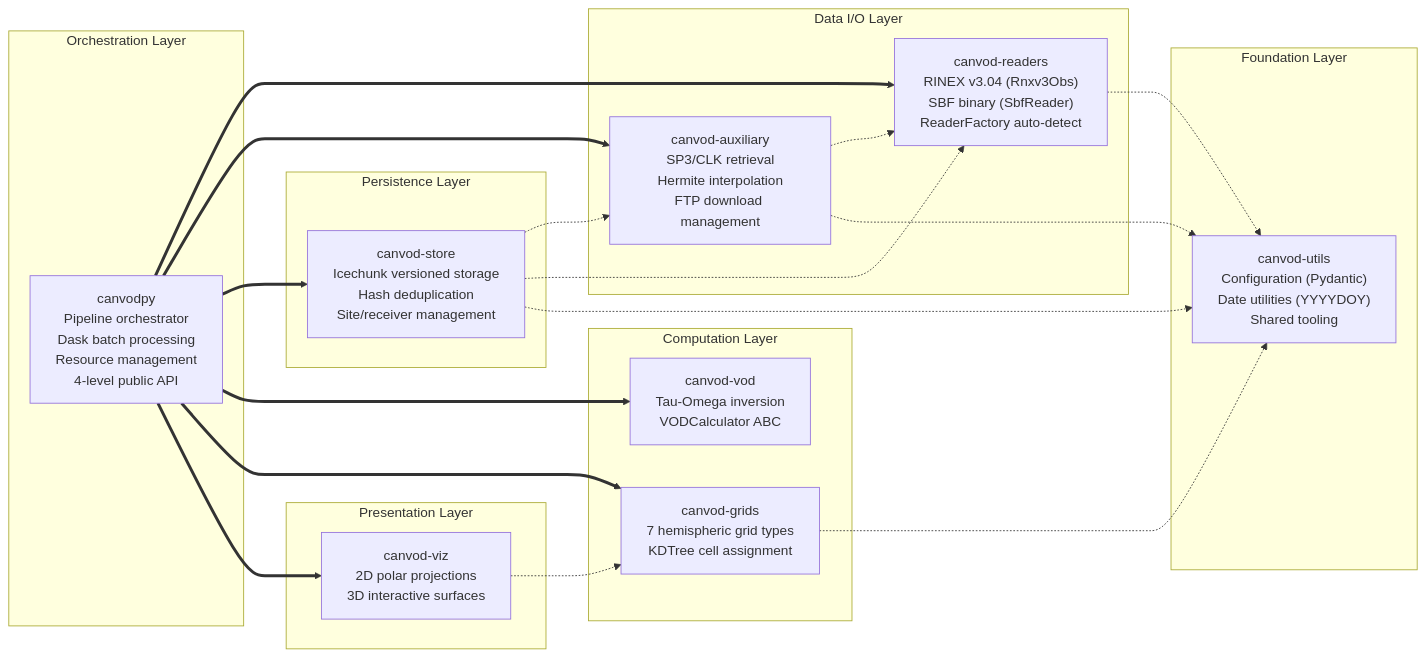
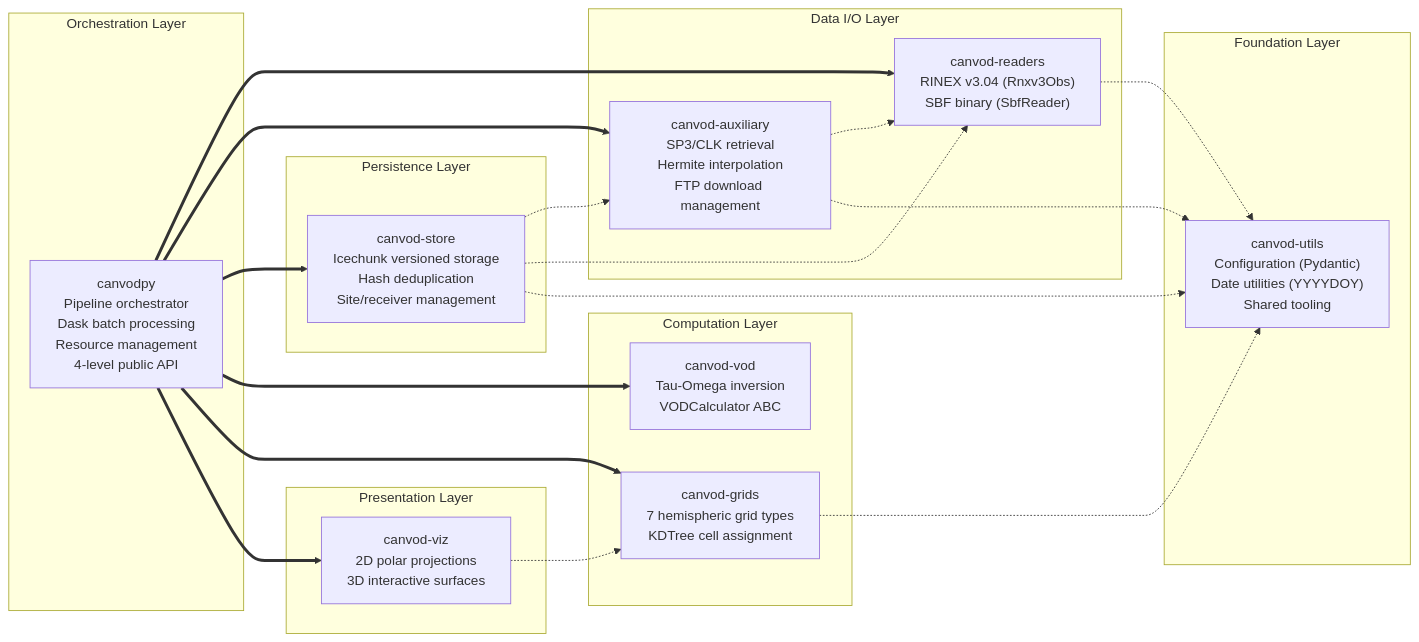
The first of 2 diagrams in docs/architecture.md (konstantinschellenberg/canvodpy), drawn with Mermaid before and after one commit. The commit also changed other lines of this file and 8 other files, not shown here.

````diff
--- a/docs/architecture.md
+++ b/docs/architecture.md
@@ -16,44 +16,44 @@
 ```mermaid
 graph LR
     subgraph FOUNDATION["Foundation Layer"]
         UTILS["canvod-utils\nConfiguration (Pydantic)\nDate utilities (YYYYDOY)\nShared tooling"]
     end
 
     subgraph DATAIO["Data I/O Layer"]
-        READERS["canvod-readers\nRINEX v3.04 (Rnxv3Obs)\nSBF binary (SbfReader)\nReaderFactory auto-detect"]
+        READERS["canvod-readers\nRINEX v3.04 (Rnxv3Obs)\nSBF binary (SbfReader)"]
         AUX["canvod-auxiliary\nSP3/CLK retrieval\nHermite interpolation\nFTP download management"]
     end
 
     subgraph STORE_LAYER["Persistence Layer"]
         STORE["canvod-store\nIcechunk versioned storage\nHash deduplication\nSite/receiver management"]
     end
 
     subgraph COMPUTE["Computation Layer"]
         VOD["canvod-vod\nTau-Omega inversion\nVODCalculator ABC"]
         GRIDS["canvod-grids\n7 hemispheric grid types\nKDTree cell assignment"]
     end
 
     subgraph PRESENT["Presentation Layer"]
         VIZ["canvod-viz\n2D polar projections\n3D interactive surfaces"]
     end
 
     subgraph ORCHESTRATION["Orchestration Layer"]
         CANVODPY["canvodpy\nPipeline orchestrator\nDask batch processing\nResource management\n4-level public API"]
     end
 
     READERS -.-> UTILS
     AUX -.-> READERS
     AUX -.-> UTILS
     STORE -.-> AUX
     STORE -.-> READERS
     STORE -.-> UTILS
     GRIDS -.-> UTILS
     VIZ -.-> GRIDS
 
     CANVODPY ==> READERS
     CANVODPY ==> AUX
     CANVODPY ==> STORE
     CANVODPY ==> VOD
     CANVODPY ==> GRIDS
     CANVODPY ==> VIZ
 ```
````
